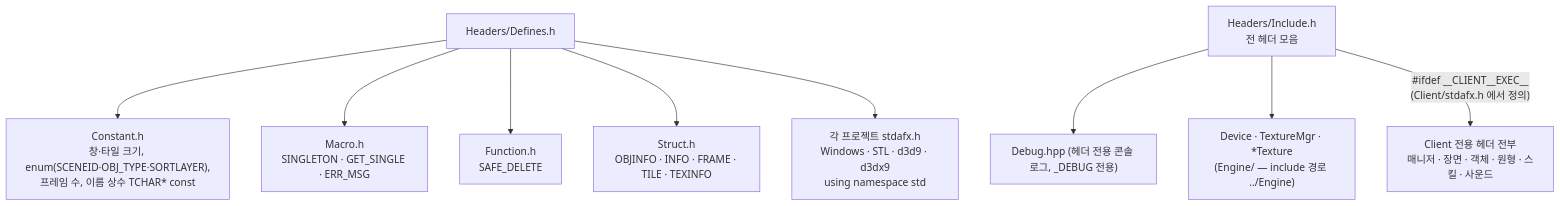
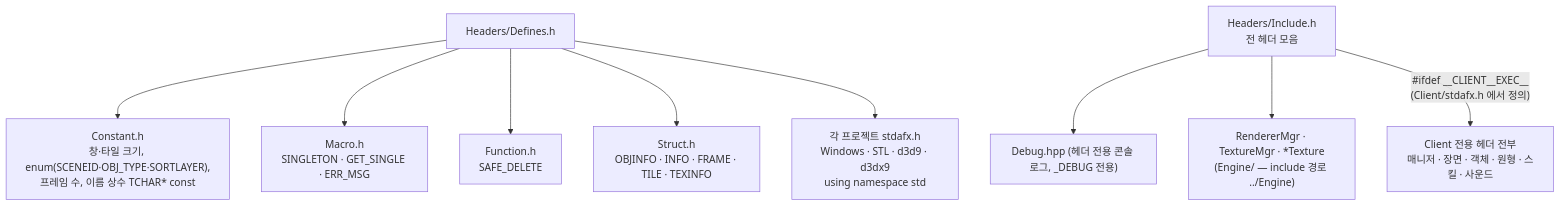
One commit to Ryujaehyeon/Portfolio changed the tenth of 10 diagrams in docs/ARCHITECTURE.md. Above: the diagram before and after it, drawn with Mermaid. The commit also changed other lines of this file and 2 other files, not shown here.

````diff
--- a/docs/ARCHITECTURE.md
+++ b/docs/ARCHITECTURE.md
@@ -335,12 +335,12 @@
 ```mermaid
 flowchart TB
     stdafx["각 프로젝트 stdafx.h<br/>Windows · STL · d3d9 · d3dx9<br/>using namespace std"]
     Defines["Headers/Defines.h"] --> Constant["Constant.h<br/>창·타일 크기, enum(SCENEID·OBJ_TYPE·SORTLAYER),<br/>프레임 수, 이름 상수 TCHAR* const"]
     Defines --> Macro["Macro.h<br/>SINGLETON · GET_SINGLE · ERR_MSG"]
     Defines --> Function["Function.h<br/>SAFE_DELETE"]
     Defines --> Struct["Struct.h<br/>OBJINFO · INFO · FRAME · TILE · TEXINFO"]
     Defines --> stdafx
     Include["Headers/Include.h<br/>전 헤더 모음"] --> DebugHpp["Debug.hpp (헤더 전용 콘솔 로그, _DEBUG 전용)"]
-    Include --> Common["Device · TextureMgr · *Texture<br/>(Engine/ — include 경로 ../Engine)"]
+    Include --> Common["RendererMgr · TextureMgr · *Texture<br/>(Engine/ — include 경로 ../Engine)"]
     Include -->|"#ifdef __CLIENT__EXEC__<br/>(Client/stdafx.h 에서 정의)"| ClientOnly["Client 전용 헤더 전부<br/>매니저 · 장면 · 객체 · 원형 · 스킬 · 사운드"]
 ```
````
